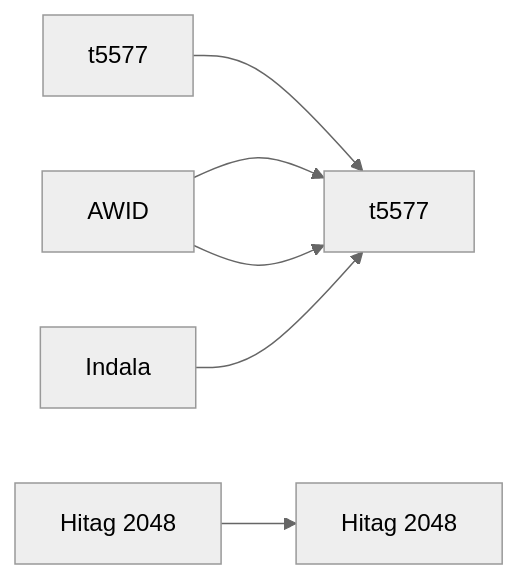
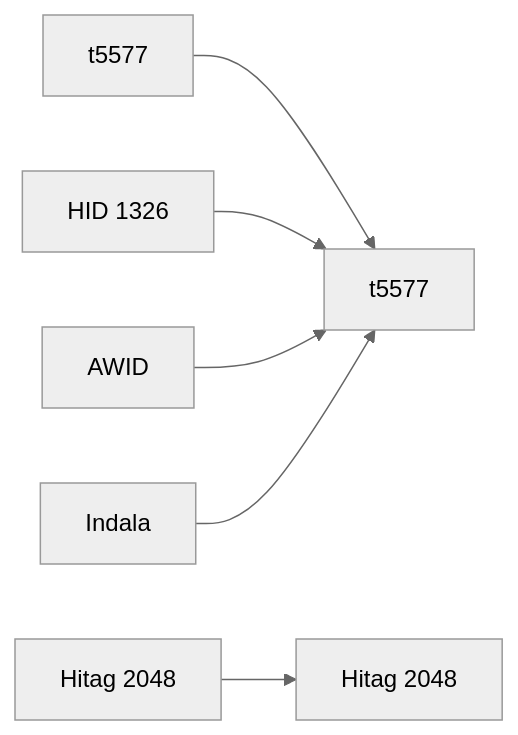
One commit to dangerous-tac0s/pm3_documentation changed the diagram in LOW_FREQUENCY_CHIPS.md. Above: the diagram before and after it, drawn with Mermaid (neutral theme).

````diff
--- a/LOW_FREQUENCY_CHIPS.md
+++ b/LOW_FREQUENCY_CHIPS.md
@@ -5,9 +5,9 @@
 ```mermaid
   flowchart LR;
       A1[t5577]--> B1[t5577];
       A2[HID 1326] --> B1;
-      A2[AWID] --> B1;
-      A3[Indala] --> B1;
+      A3[AWID] --> B1;
+      A4[Indala] --> B1;
       AX[Hitag 2048] --> B2[Hitag 2048];
 
 ```
````
